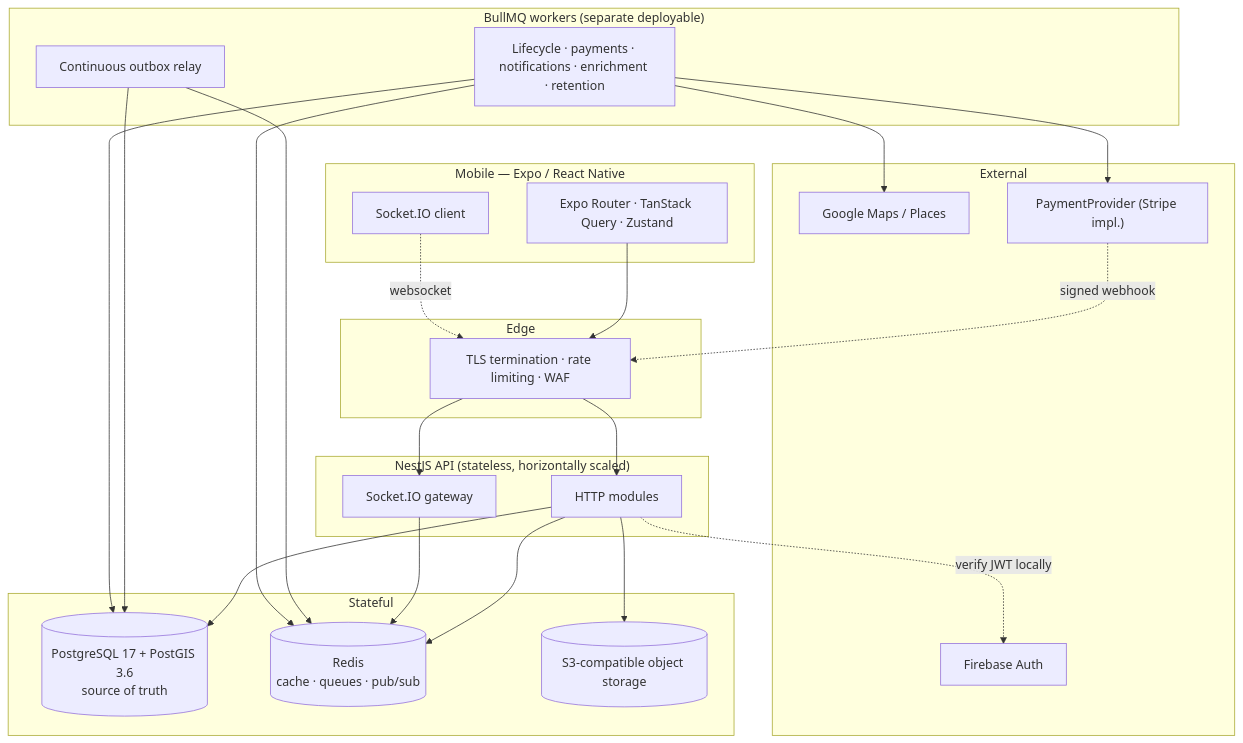
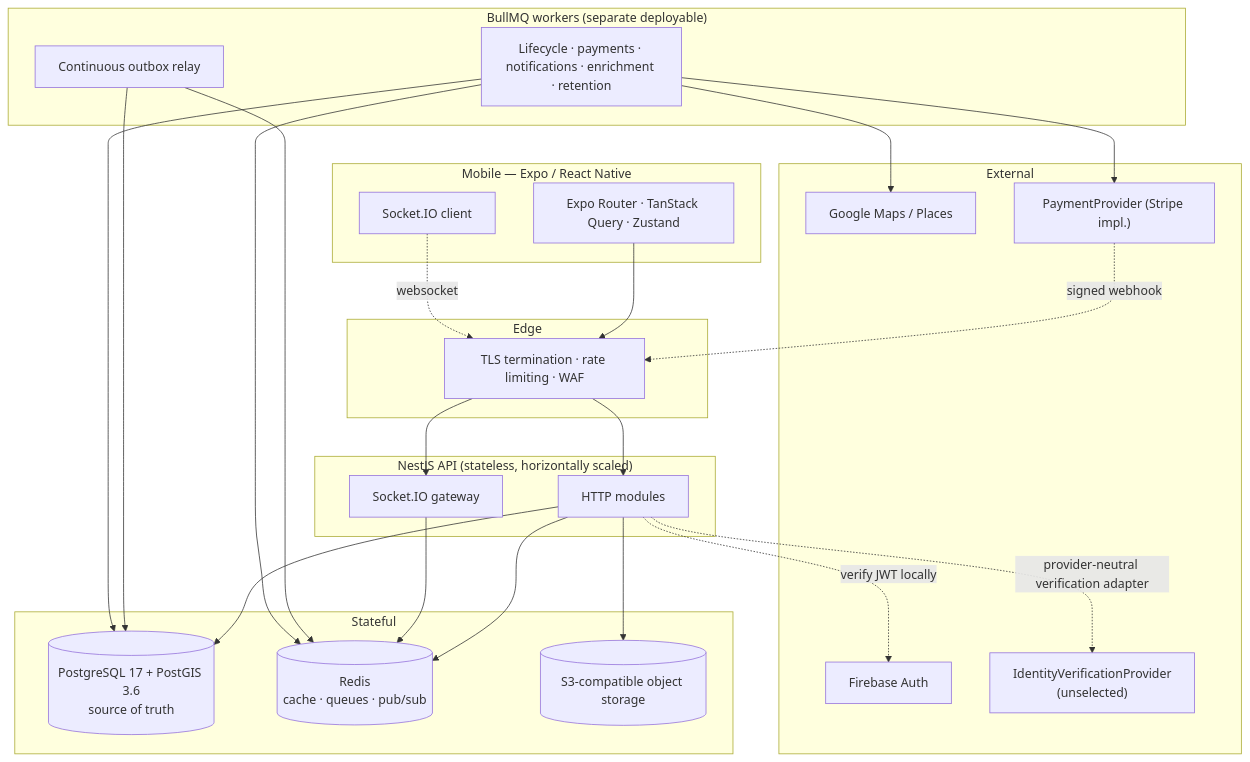
One commit to Alen60843/Travel-App changed the first of 4 diagrams in docs/superpowers/specs/2026-08-20-tripwith-phase-1-design.md. Above: the diagram before and after it, drawn with Mermaid. The commit also changed other lines of this file, not shown here.

Commit message:
docs: approve Phase 8 identity verification policy

````diff
--- a/docs/superpowers/specs/2026-08-20-tripwith-phase-1-design.md
+++ b/docs/superpowers/specs/2026-08-20-tripwith-phase-1-design.md
@@ -31,43 +32,45 @@
 ```mermaid
 flowchart TB
     subgraph client["Mobile — Expo / React Native"]
         UI["Expo Router · TanStack Query · Zustand"]
         WS["Socket.IO client"]
     end
     subgraph edge["Edge"]
         LB["TLS termination · rate limiting · WAF"]
     end
     subgraph api["NestJS API (stateless, horizontally scaled)"]
         HTTP["HTTP modules"]
         GW["Socket.IO gateway"]
     end
     subgraph workers["BullMQ workers (separate deployable)"]
         Rel["Continuous outbox relay"]
         W["Lifecycle · payments · notifications · enrichment · retention"]
     end
     subgraph data["Stateful"]
         PG[("PostgreSQL 17 + PostGIS 3.6\nsource of truth")]
         RD[("Redis\ncache · queues · pub/sub")]
         S3[("S3-compatible object storage")]
     end
     subgraph ext["External"]
         FB["Firebase Auth"]
+        IVP["IdentityVerificationProvider\n(unselected)"]
         GM["Google Maps / Places"]
         PP["PaymentProvider (Stripe impl.)"]
     end
 
     UI --> LB --> HTTP
     WS -.websocket.-> LB --> GW
     HTTP --> PG
     HTTP --> RD
     GW --> RD
     Rel --> PG
     Rel --> RD
     W --> PG
     W --> RD
     W --> GM
     W --> PP
     HTTP --> S3
     HTTP -.verify JWT locally.-> FB
+    HTTP -.provider-neutral verification adapter.-> IVP
     PP -.signed webhook.-> LB
 ```
````
